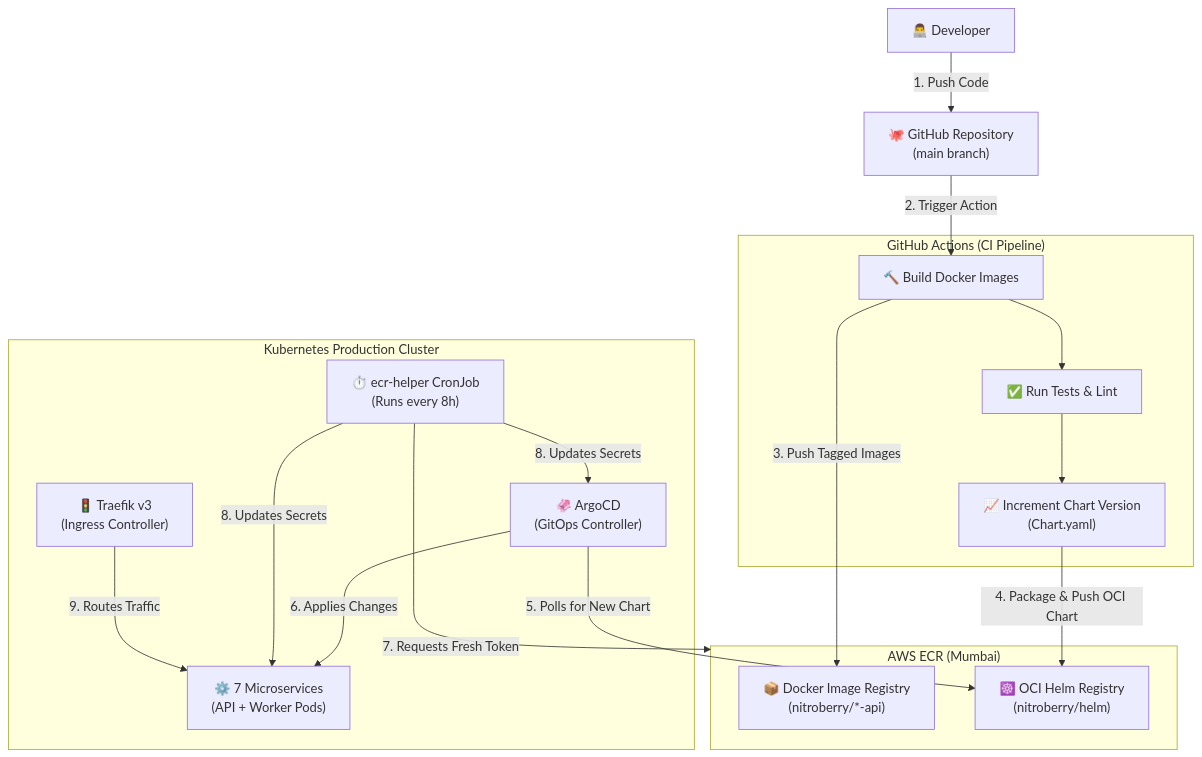
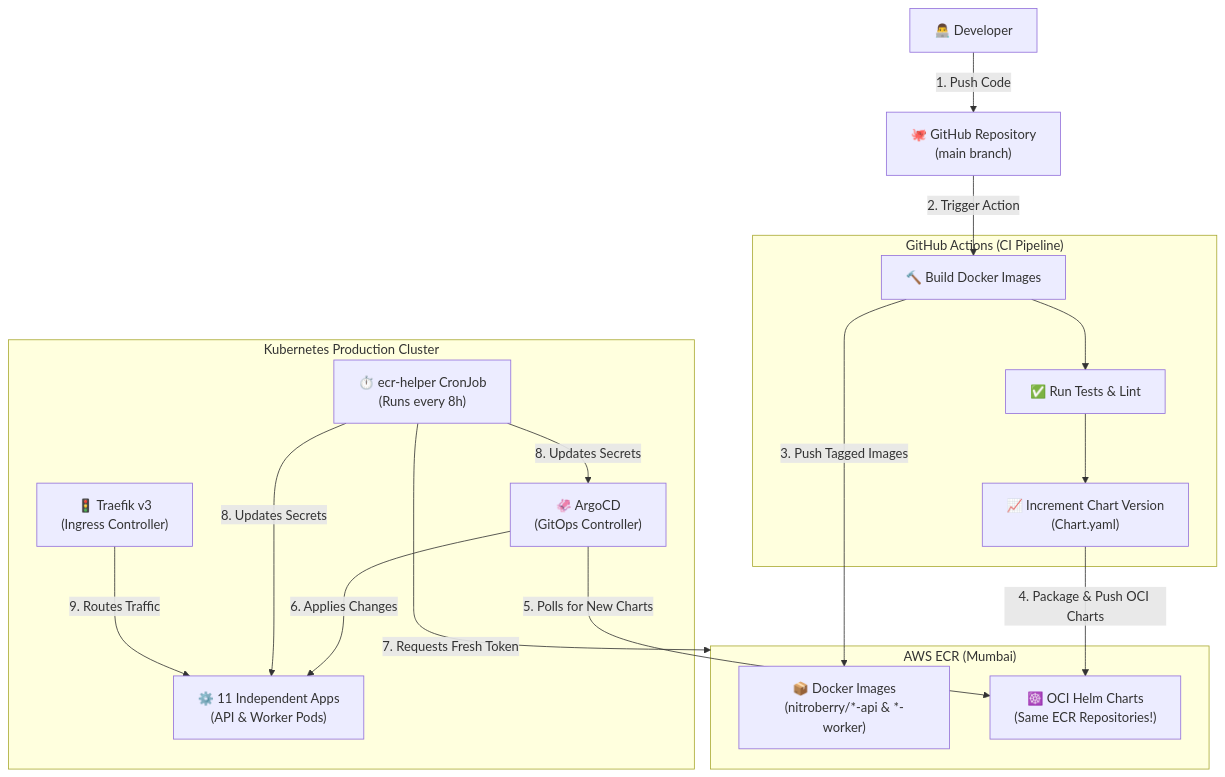
One commit to abhimanyu8829/nbs-argo changed the diagram in README.md. Above: the diagram before and after it, drawn with Mermaid. The commit also changed other lines of this file, not shown here.

````diff
--- a/README.md
+++ b/README.md
@@ -38,42 +39,42 @@
 ```mermaid
 flowchart TD
     %% Define Nodes
     Dev["👨‍💻 Developer"]
     Git["🐙 GitHub Repository\n(main branch)"]
     
     subgraph CI ["GitHub Actions (CI Pipeline)"]
         Build["🔨 Build Docker Images"]
         Test["✅ Run Tests & Lint"]
         Bump["📈 Increment Chart Version\n(Chart.yaml)"]
     end
     
     subgraph Registry ["AWS ECR (Mumbai)"]
-        DockerRepo["📦 Docker Image Registry\n(nitroberry/*-api)"]
-        HelmRepo["☸️ OCI Helm Registry\n(nitroberry/helm)"]
+        DockerRepo["📦 Docker Images\n(nitroberry/*-api & *-worker)"]
+        HelmRepo["☸️ OCI Helm Charts\n(Same ECR Repositories!)"]
     end
     
     subgraph K8s ["Kubernetes Production Cluster"]
         ArgoCD["🦑 ArgoCD\n(GitOps Controller)"]
         CronJob["⏱️ ecr-helper CronJob\n(Runs every 8h)"]
         Traefik["🚦 Traefik v3\n(Ingress Controller)"]
-        Services["⚙️ 7 Microservices\n(API + Worker Pods)"]
+        Services["⚙️ 11 Independent Apps\n(API & Worker Pods)"]
     end
 
     %% Flow Definitions
     Dev -- "1. Push Code" --> Git
     Git -- "2. Trigger Action" --> Build
     Build --> Test
     Test --> Bump
     
     Build -- "3. Push Tagged Images" --> DockerRepo
-    Bump -- "4. Package & Push OCI Chart" --> HelmRepo
+    Bump -- "4. Package & Push OCI Charts" --> HelmRepo
     
-    ArgoCD -- "5. Polls for New Chart" --> HelmRepo
+    ArgoCD -- "5. Polls for New Charts" --> HelmRepo
     ArgoCD -- "6. Applies Changes" --> Services
     
     CronJob -- "7. Requests Fresh Token" --> Registry
     CronJob -- "8. Updates Secrets" --> ArgoCD
     CronJob -- "8. Updates Secrets" --> Services
     
     Traefik -- "9. Routes Traffic" --> Services
 ```
````
